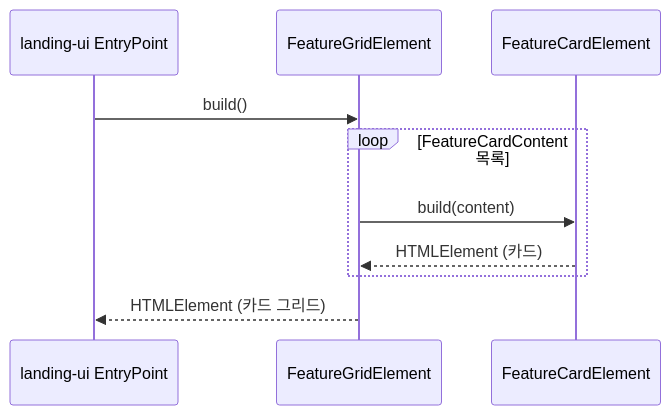
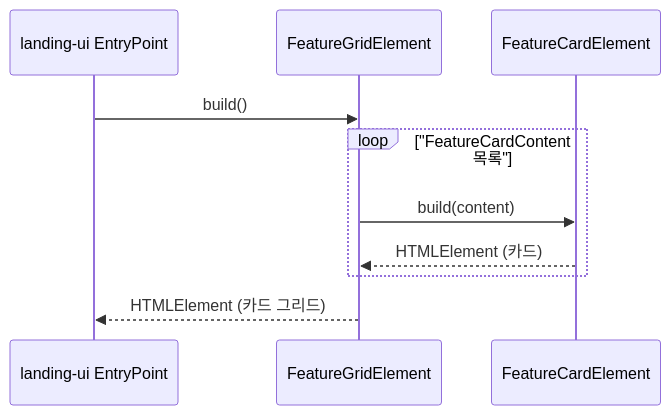
The first of 2 diagrams in landing-content/USECASE.md (sayaya1090/handbook), drawn with Mermaid before and after one commit. The commit also changed other lines of this file and 22 other files, not shown here.

First line of the commit message:
docs: Mermaid 다이어그램 렌더링 오류 수정을 위한 구문 전수 교정

````diff
--- a/landing-content/USECASE.md
+++ b/landing-content/USECASE.md
@@ -15,13 +15,13 @@
 ```mermaid
 sequenceDiagram
     participant UI as landing-ui EntryPoint
     participant LC as FeatureGridElement
     participant FC as FeatureCardElement
 
     UI->>LC: build()
-    loop FeatureCardContent 목록
+    loop "FeatureCardContent 목록"
         LC->>FC: build(content)
         FC-->>LC: HTMLElement (카드)
     end
     LC-->>UI: HTMLElement (카드 그리드)
 ```
````
